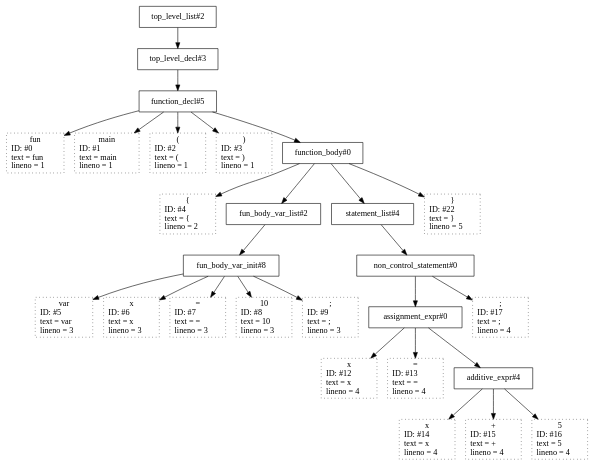
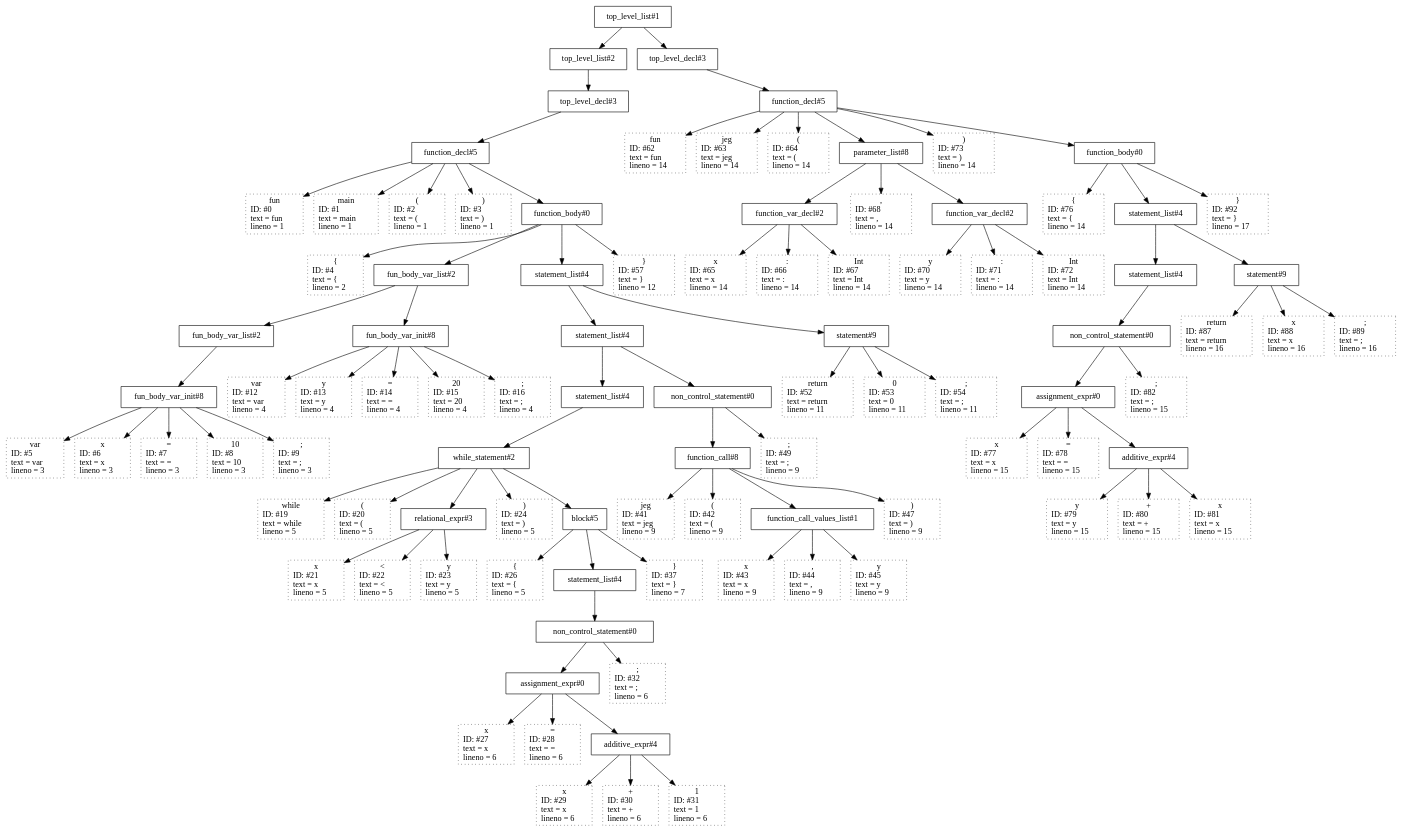
One commit to JaxenBujy/k0_compiler_group changed the diagram in foo2.kt_tree.dot. Above: the diagram before and after it, drawn with Graphviz. The commit also changed 15 other files, not shown here.

```diff
--- a/foo2.kt_tree.dot
+++ b/foo2.kt_tree.dot
@@ -1,55 +1,195 @@
 digraph {
-N26 [shape=box label="top_level_list#2"];
-N26 -> N25;
-N25 [shape=box label="top_level_decl#3"];
-N25 -> N24;
-N24 [shape=box label="function_decl#5"];
-N24 -> N0;
+N96 [shape=box label="top_level_list#1"];
+N96 -> N61;
+N61 [shape=box label="top_level_list#2"];
+N61 -> N60;
+N60 [shape=box label="top_level_decl#3"];
+N60 -> N59;
+N59 [shape=box label="function_decl#5"];
+N59 -> N0;
 N0 [shape=box style=dotted label=" fun \n ID: #0 \l text = fun \l lineno = 1\l"];
-N24 -> N1;
+N59 -> N1;
 N1 [shape=box style=dotted label=" main \n ID: #1 \l text = main \l lineno = 1\l"];
-N24 -> N2;
+N59 -> N2;
 N2 [shape=box style=dotted label=" ( \n ID: #2 \l text = ( \l lineno = 1\l"];
-N24 -> N3;
+N59 -> N3;
 N3 [shape=box style=dotted label=" ) \n ID: #3 \l text = ) \l lineno = 1\l"];
-N24 -> N23;
-N23 [shape=box label="function_body#0"];
-N23 -> N4;
+N59 -> N58;
+N58 [shape=box label="function_body#0"];
+N58 -> N4;
 N4 [shape=box style=dotted label=" { \n ID: #4 \l text = { \l lineno = 2\l"];
-N23 -> N11;
+N58 -> N18;
+N18 [shape=box label="fun_body_var_list#2"];
+N18 -> N11;
 N11 [shape=box label="fun_body_var_list#2"];
 N11 -> N10;
 N10 [shape=box label="fun_body_var_init#8"];
 N10 -> N5;
 N5 [shape=box style=dotted label=" var \n ID: #5 \l text = var \l lineno = 3\l"];
 N10 -> N6;
 N6 [shape=box style=dotted label=" x \n ID: #6 \l text = x \l lineno = 3\l"];
 N10 -> N7;
 N7 [shape=box style=dotted label=" = \n ID: #7 \l text = = \l lineno = 3\l"];
 N10 -> N8;
 N8 [shape=box style=dotted label=" 10 \n ID: #8 \l text = 10 \l lineno = 3\l"];
 N10 -> N9;
 N9 [shape=box style=dotted label=" ; \n ID: #9 \l text = ; \l lineno = 3\l"];
-N23 -> N21;
-N21 [shape=box label="statement_list#4"];
-N21 -> N20;
-N20 [shape=box label="non_control_statement#0"];
-N20 -> N19;
-N19 [shape=box label="assignment_expr#0"];
-N19 -> N12;
-N12 [shape=box style=dotted label=" x \n ID: #12 \l text = x \l lineno = 4\l"];
-N19 -> N13;
-N13 [shape=box style=dotted label=" = \n ID: #13 \l text = = \l lineno = 4\l"];
-N19 -> N18;
-N18 [shape=box label="additive_expr#4"];
-N18 -> N14;
-N14 [shape=box style=dotted label=" x \n ID: #14 \l text = x \l lineno = 4\l"];
-N18 -> N15;
-N15 [shape=box style=dotted label=" + \n ID: #15 \l text = + \l lineno = 4\l"];
-N18 -> N16;
-N16 [shape=box style=dotted label=" 5 \n ID: #16 \l text = 5 \l lineno = 4\l"];
-N20 -> N17;
-N17 [shape=box style=dotted label=" ; \n ID: #17 \l text = ; \l lineno = 4\l"];
-N23 -> N22;
-N22 [shape=box style=dotted label=" } \n ID: #22 \l text = } \l lineno = 5\l"];
+N18 -> N17;
+N17 [shape=box label="fun_body_var_init#8"];
+N17 -> N12;
+N12 [shape=box style=dotted label=" var \n ID: #12 \l text = var \l lineno = 4\l"];
+N17 -> N13;
+N13 [shape=box style=dotted label=" y \n ID: #13 \l text = y \l lineno = 4\l"];
+N17 -> N14;
+N14 [shape=box style=dotted label=" = \n ID: #14 \l text = = \l lineno = 4\l"];
+N17 -> N15;
+N15 [shape=box style=dotted label=" 20 \n ID: #15 \l text = 20 \l lineno = 4\l"];
+N17 -> N16;
+N16 [shape=box style=dotted label=" ; \n ID: #16 \l text = ; \l lineno = 4\l"];
+N58 -> N56;
+N56 [shape=box label="statement_list#4"];
+N56 -> N51;
+N51 [shape=box label="statement_list#4"];
+N51 -> N40;
+N40 [shape=box label="statement_list#4"];
+N40 -> N39;
+N39 [shape=box label="while_statement#2"];
+N39 -> N19;
+N19 [shape=box style=dotted label=" while \n ID: #19 \l text = while \l lineno = 5\l"];
+N39 -> N20;
+N20 [shape=box style=dotted label=" ( \n ID: #20 \l text = ( \l lineno = 5\l"];
+N39 -> N25;
+N25 [shape=box label="relational_expr#3"];
+N25 -> N21;
+N21 [shape=box style=dotted label=" x \n ID: #21 \l text = x \l lineno = 5\l"];
+N25 -> N22;
+N22 [shape=box style=dotted label=" < \n ID: #22 \l text = < \l lineno = 5\l"];
+N25 -> N23;
+N23 [shape=box style=dotted label=" y \n ID: #23 \l text = y \l lineno = 5\l"];
+N39 -> N24;
+N24 [shape=box style=dotted label=" ) \n ID: #24 \l text = ) \l lineno = 5\l"];
+N39 -> N38;
+N38 [shape=box label="block#5"];
+N38 -> N26;
+N26 [shape=box style=dotted label=" { \n ID: #26 \l text = { \l lineno = 5\l"];
+N38 -> N36;
+N36 [shape=box label="statement_list#4"];
+N36 -> N35;
+N35 [shape=box label="non_control_statement#0"];
+N35 -> N34;
+N34 [shape=box label="assignment_expr#0"];
+N34 -> N27;
+N27 [shape=box style=dotted label=" x \n ID: #27 \l text = x \l lineno = 6\l"];
+N34 -> N28;
+N28 [shape=box style=dotted label=" = \n ID: #28 \l text = = \l lineno = 6\l"];
+N34 -> N33;
+N33 [shape=box label="additive_expr#4"];
+N33 -> N29;
+N29 [shape=box style=dotted label=" x \n ID: #29 \l text = x \l lineno = 6\l"];
+N33 -> N30;
+N30 [shape=box style=dotted label=" + \n ID: #30 \l text = + \l lineno = 6\l"];
+N33 -> N31;
+N31 [shape=box style=dotted label=" 1 \n ID: #31 \l text = 1 \l lineno = 6\l"];
+N35 -> N32;
+N32 [shape=box style=dotted label=" ; \n ID: #32 \l text = ; \l lineno = 6\l"];
+N38 -> N37;
+N37 [shape=box style=dotted label=" } \n ID: #37 \l text = } \l lineno = 7\l"];
+N51 -> N50;
+N50 [shape=box label="non_control_statement#0"];
+N50 -> N48;
+N48 [shape=box label="function_call#8"];
+N48 -> N41;
+N41 [shape=box style=dotted label=" jeg \n ID: #41 \l text = jeg \l lineno = 9\l"];
+N48 -> N42;
+N42 [shape=box style=dotted label=" ( \n ID: #42 \l text = ( \l lineno = 9\l"];
+N48 -> N46;
+N46 [shape=box label="function_call_values_list#1"];
+N46 -> N43;
+N43 [shape=box style=dotted label=" x \n ID: #43 \l text = x \l lineno = 9\l"];
+N46 -> N44;
+N44 [shape=box style=dotted label=" , \n ID: #44 \l text = , \l lineno = 9\l"];
+N46 -> N45;
+N45 [shape=box style=dotted label=" y \n ID: #45 \l text = y \l lineno = 9\l"];
+N48 -> N47;
+N47 [shape=box style=dotted label=" ) \n ID: #47 \l text = ) \l lineno = 9\l"];
+N50 -> N49;
+N49 [shape=box style=dotted label=" ; \n ID: #49 \l text = ; \l lineno = 9\l"];
+N56 -> N55;
+N55 [shape=box label="statement#9"];
+N55 -> N52;
+N52 [shape=box style=dotted label=" return \n ID: #52 \l text = return \l lineno = 11\l"];
+N55 -> N53;
+N53 [shape=box style=dotted label=" 0 \n ID: #53 \l text = 0 \l lineno = 11\l"];
+N55 -> N54;
+N54 [shape=box style=dotted label=" ; \n ID: #54 \l text = ; \l lineno = 11\l"];
+N58 -> N57;
+N57 [shape=box style=dotted label=" } \n ID: #57 \l text = } \l lineno = 12\l"];
+N96 -> N95;
+N95 [shape=box label="top_level_decl#3"];
+N95 -> N94;
+N94 [shape=box label="function_decl#5"];
+N94 -> N62;
+N62 [shape=box style=dotted label=" fun \n ID: #62 \l text = fun \l lineno = 14\l"];
+N94 -> N63;
+N63 [shape=box style=dotted label=" jeg \n ID: #63 \l text = jeg \l lineno = 14\l"];
+N94 -> N64;
+N64 [shape=box style=dotted label=" ( \n ID: #64 \l text = ( \l lineno = 14\l"];
+N94 -> N75;
+N75 [shape=box label="parameter_list#8"];
+N75 -> N69;
+N69 [shape=box label="function_var_decl#2"];
+N69 -> N65;
+N65 [shape=box style=dotted label=" x \n ID: #65 \l text = x \l lineno = 14\l"];
+N69 -> N66;
+N66 [shape=box style=dotted label=" : \n ID: #66 \l text = : \l lineno = 14\l"];
+N69 -> N67;
+N67 [shape=box style=dotted label=" Int \n ID: #67 \l text = Int \l lineno = 14\l"];
+N75 -> N68;
+N68 [shape=box style=dotted label=" , \n ID: #68 \l text = , \l lineno = 14\l"];
+N75 -> N74;
+N74 [shape=box label="function_var_decl#2"];
+N74 -> N70;
+N70 [shape=box style=dotted label=" y \n ID: #70 \l text = y \l lineno = 14\l"];
+N74 -> N71;
+N71 [shape=box style=dotted label=" : \n ID: #71 \l text = : \l lineno = 14\l"];
+N74 -> N72;
+N72 [shape=box style=dotted label=" Int \n ID: #72 \l text = Int \l lineno = 14\l"];
+N94 -> N73;
+N73 [shape=box style=dotted label=" ) \n ID: #73 \l text = ) \l lineno = 14\l"];
+N94 -> N93;
+N93 [shape=box label="function_body#0"];
+N93 -> N76;
+N76 [shape=box style=dotted label=" { \n ID: #76 \l text = { \l lineno = 14\l"];
+N93 -> N91;
+N91 [shape=box label="statement_list#4"];
+N91 -> N86;
+N86 [shape=box label="statement_list#4"];
+N86 -> N85;
+N85 [shape=box label="non_control_statement#0"];
+N85 -> N84;
+N84 [shape=box label="assignment_expr#0"];
+N84 -> N77;
+N77 [shape=box style=dotted label=" x \n ID: #77 \l text = x \l lineno = 15\l"];
+N84 -> N78;
+N78 [shape=box style=dotted label=" = \n ID: #78 \l text = = \l lineno = 15\l"];
+N84 -> N83;
+N83 [shape=box label="additive_expr#4"];
+N83 -> N79;
+N79 [shape=box style=dotted label=" y \n ID: #79 \l text = y \l lineno = 15\l"];
+N83 -> N80;
+N80 [shape=box style=dotted label=" + \n ID: #80 \l text = + \l lineno = 15\l"];
+N83 -> N81;
+N81 [shape=box style=dotted label=" x \n ID: #81 \l text = x \l lineno = 15\l"];
+N85 -> N82;
+N82 [shape=box style=dotted label=" ; \n ID: #82 \l text = ; \l lineno = 15\l"];
+N91 -> N90;
+N90 [shape=box label="statement#9"];
+N90 -> N87;
+N87 [shape=box style=dotted label=" return \n ID: #87 \l text = return \l lineno = 16\l"];
+N90 -> N88;
+N88 [shape=box style=dotted label=" x \n ID: #88 \l text = x \l lineno = 16\l"];
+N90 -> N89;
+N89 [shape=box style=dotted label=" ; \n ID: #89 \l text = ; \l lineno = 16\l"];
+N93 -> N92;
+N92 [shape=box style=dotted label=" } \n ID: #92 \l text = } \l lineno = 17\l"];
 }
```
